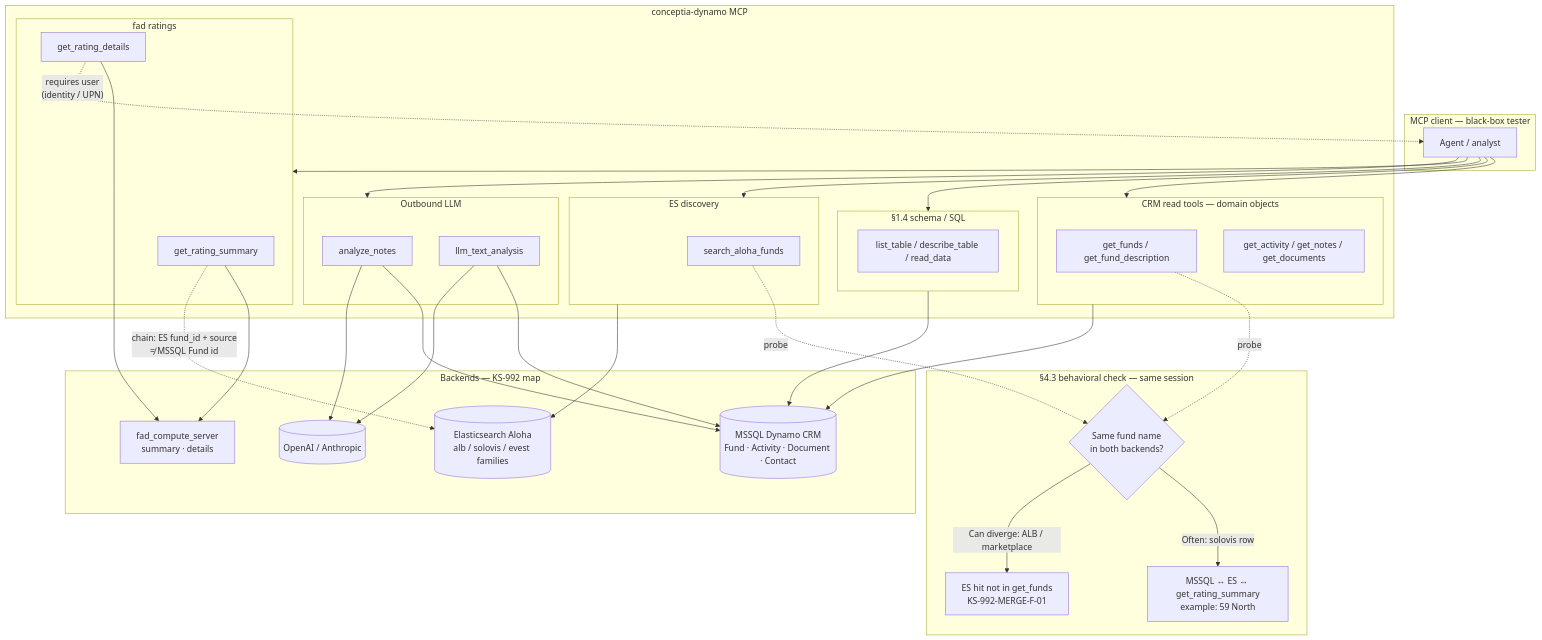
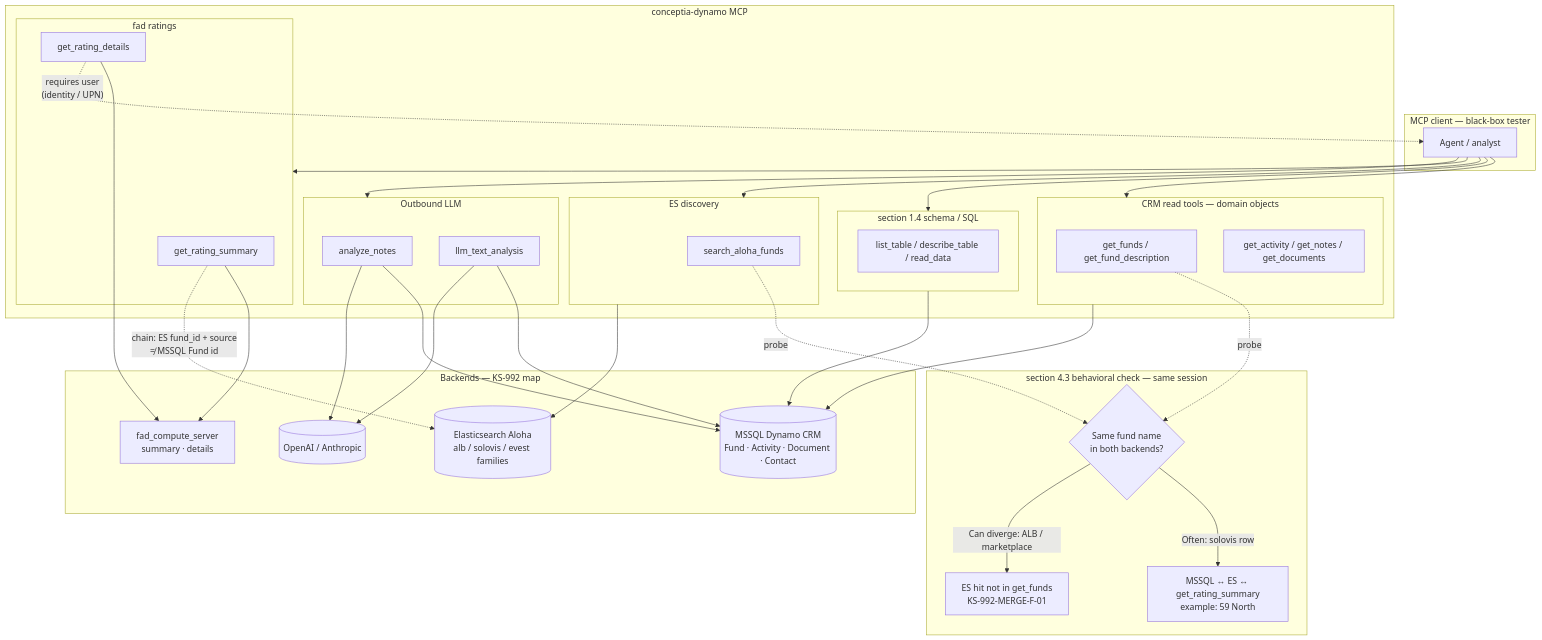
One commit to hakabi/GenD changed the second of 2 diagrams in Dynamo Server/Test Result/KS-992 Result.md. Above: the diagram before and after it, drawn with Mermaid. The commit also changed other lines of this file and 61 other files, not shown here.

````diff
--- a/Dynamo Server/Test Result/KS-992 Result.md
+++ b/Dynamo Server/Test Result/KS-992 Result.md
@@ -172,63 +172,63 @@
 ```mermaid
 flowchart TB
   subgraph Client[MCP client — black-box tester]
     Agent[Agent / analyst]
   end
 
   subgraph Server[conceptia-dynamo MCP]
     subgraph CRM[CRM read tools — domain objects]
       T1[get_funds / get_fund_description]
       T2[get_activity / get_notes / get_documents]
     end
-    subgraph Meta[§1.4 schema / SQL]
+    subgraph Meta[section 1.4 schema / SQL]
       T3[list_table / describe_table / read_data]
     end
     subgraph Aloha[ES discovery]
       T4[search_aloha_funds]
     end
     subgraph Ratings[fad ratings]
       T5[get_rating_summary]
       T6[get_rating_details]
     end
     subgraph LLM[Outbound LLM]
       T7[analyze_notes]
       T8[llm_text_analysis]
     end
   end
 
   subgraph Backends[Backends — KS-992 map]
     MSSQL[(MSSQL Dynamo CRM\nFund · Activity · Document · Contact)]
     ES[(Elasticsearch Aloha\nalb / solovis / evest families)]
     FAD[fad_compute_server\nsummary · details]
     ExtLLM[(OpenAI / Anthropic)]
   end
 
   Agent --> CRM
   Agent --> Meta
   Agent --> Aloha
   Agent --> Ratings
   Agent --> LLM
 
   CRM --> MSSQL
   Meta --> MSSQL
   Aloha --> ES
   T5 --> FAD
   T6 --> FAD
   T7 --> MSSQL
   T7 --> ExtLLM
   T8 --> MSSQL
   T8 --> ExtLLM
 
   T5 -. "chain: ES fund_id + source\n≠ MSSQL Fund id" .-> ES
 
-  subgraph Branch[§4.3 behavioral check — same session]
+  subgraph Branch[section 4.3 behavioral check — same session]
     Q{Same fund name\nin both backends?}
     Q -->|Often: solovis row| Align[MSSQL ↔ ES ↔ get_rating_summary\nexample: 59 North]
     Q -->|Can diverge: ALB / marketplace| Gap[ES hit not in get_funds\nKS-992-MERGE-F-01]
   end
 
   T1 -. probe .-> Q
   T4 -. probe .-> Q
 
   T6 -. "requires user\n(identity / UPN)" .-> Agent
 ```
````
